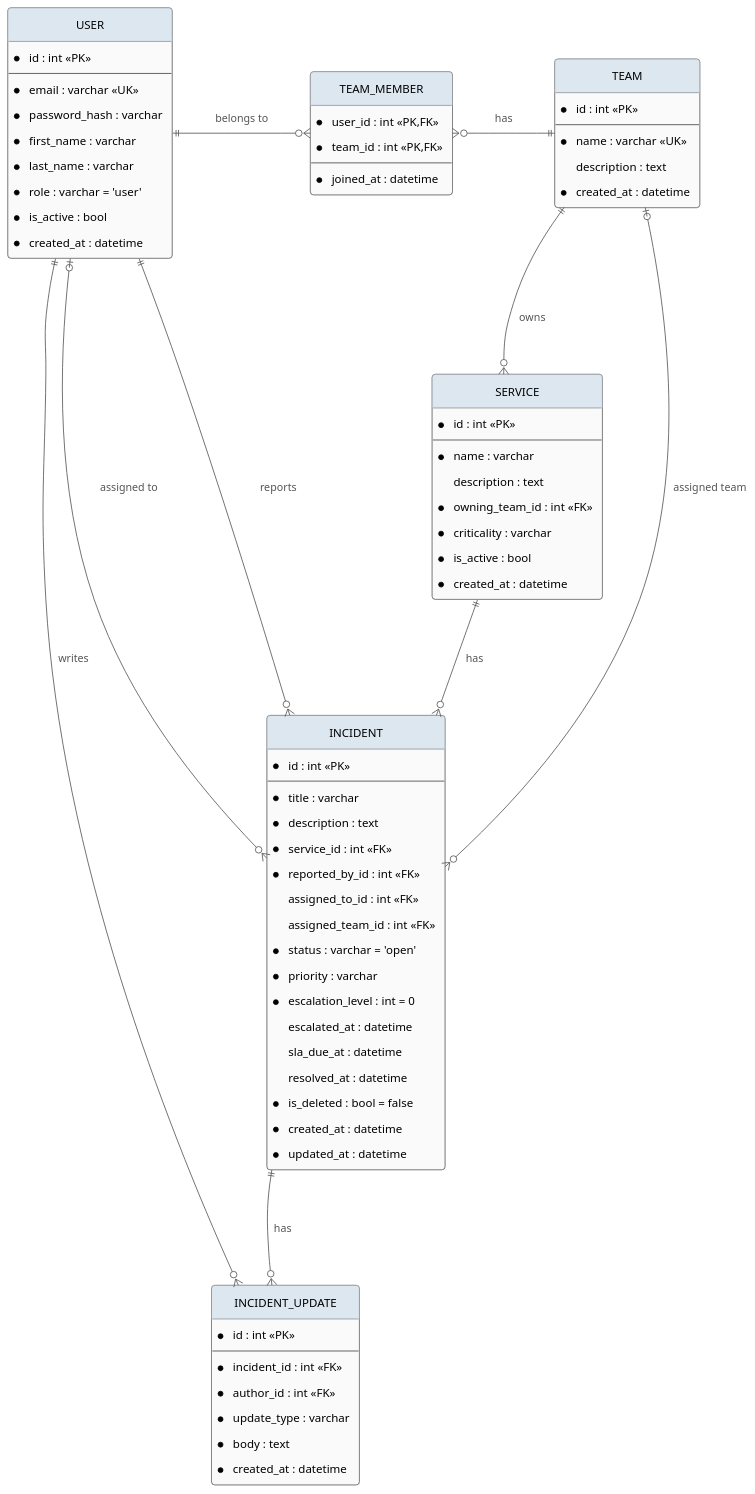
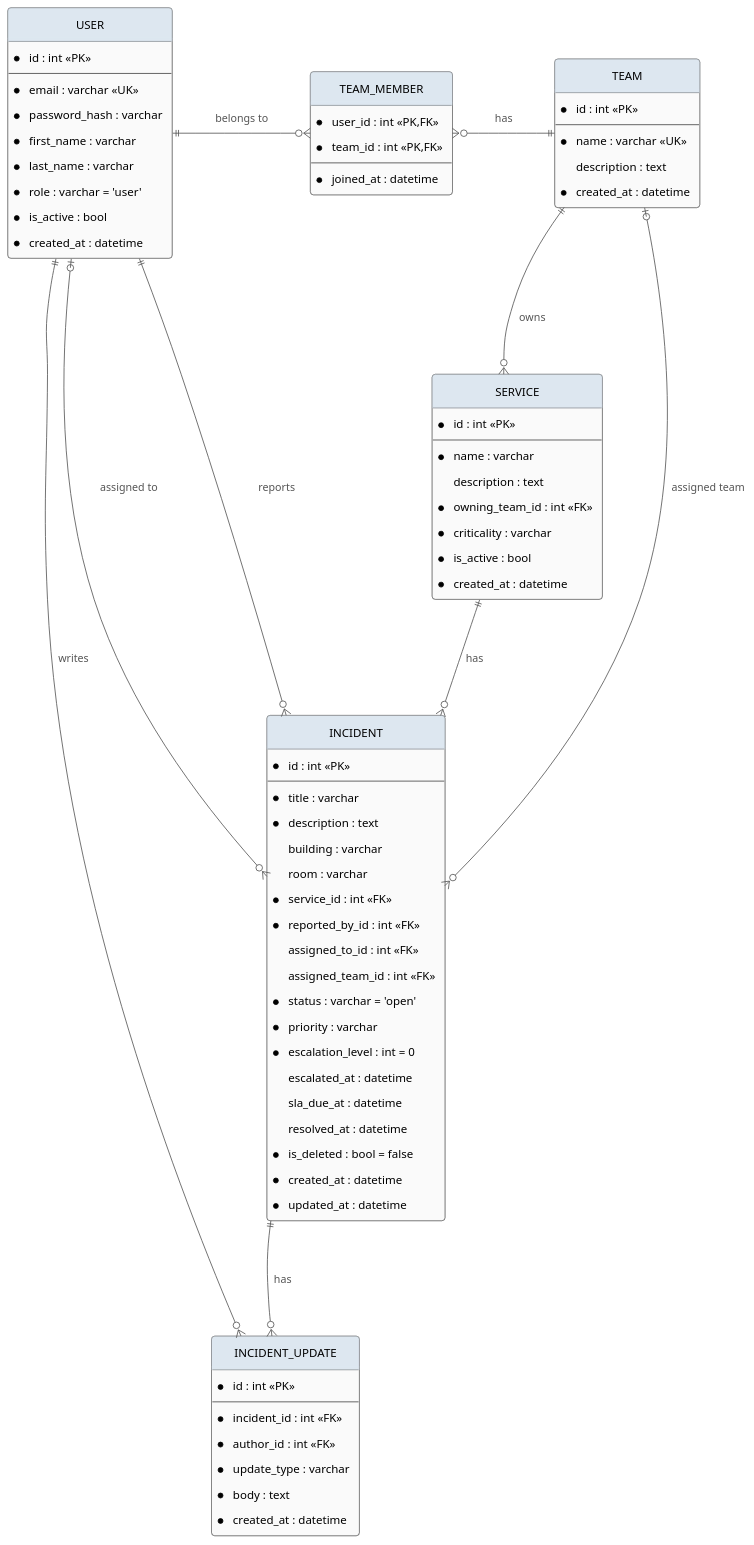
The diagram in docs/er-diagram.puml (ZiedRbd/COSC-3339-Fall-2026-Term-Project), drawn with PlantUML before and after one commit. The commit also changed 1 other file, not shown here.

Commit message:
Add building and room to ER diagram

```diff
--- a/docs/er-diagram.puml
+++ b/docs/er-diagram.puml
@@ -1,110 +1,112 @@
 @startuml Campus IT Help Desk ER
 hide circle
 skinparam nodesep 90
 skinparam ranksep 110
 skinparam padding 6
 skinparam roundCorner 8
 skinparam shadowing false
 skinparam ArrowColor #555555
 skinparam ArrowFontColor #555555
 skinparam class {
   BackgroundColor #FAFAFA
   BorderColor #444444
   HeaderBackgroundColor #DDE7F0
 }
 
 ' ── People & groups ─────────────────────────────
 
 entity "USER" as user {
   * id : int <<PK>>
   --
   * email : varchar <<UK>>
   * password_hash : varchar
   * first_name : varchar
   * last_name : varchar
   * role : varchar = 'user'
   * is_active : bool
   * created_at : datetime
 }
 
 entity "TEAM_MEMBER" as tm {
   * user_id : int <<PK,FK>>
   * team_id : int <<PK,FK>>
   --
   * joined_at : datetime
 }
 
 entity "TEAM" as team {
   * id : int <<PK>>
   --
   * name : varchar <<UK>>
     description : text
   * created_at : datetime
 }
 
 ' ── What we support ─────────────────────────────
 
 entity "SERVICE" as service {
   * id : int <<PK>>
   --
   * name : varchar
     description : text
   * owning_team_id : int <<FK>>
   * criticality : varchar
   * is_active : bool
   * created_at : datetime
 }
 
 ' ── Tickets ─────────────────────────────────────
 
 entity "INCIDENT" as incident {
   * id : int <<PK>>
   --
   * title : varchar
   * description : text
+    building : varchar
+    room : varchar
   * service_id : int <<FK>>
   * reported_by_id : int <<FK>>
     assigned_to_id : int <<FK>>
     assigned_team_id : int <<FK>>
   * status : varchar = 'open'
   * priority : varchar
   * escalation_level : int = 0
     escalated_at : datetime
     sla_due_at : datetime
     resolved_at : datetime
   * is_deleted : bool = false
   * created_at : datetime
   * updated_at : datetime
 }
 
 entity "INCIDENT_UPDATE" as upd {
   * id : int <<PK>>
   --
   * incident_id : int <<FK>>
   * author_id : int <<FK>>
   * update_type : varchar
   * body : text
   * created_at : datetime
 }
 
 ' ── Layout: users/teams on top, tickets below ───
 
 user     -[hidden]right-  tm
 tm       -[hidden]right-  team
 team     -[hidden]down-   service
 service  -[hidden]down-   incident
 incident -[hidden]down-   upd
 
 ' ── Relationships ───────────────────────────────
 
 user     ||--o{ tm       : belongs to
 team     ||--o{ tm       : has
 team     ||--o{ service  : owns
 service  ||--o{ incident : has
 user     ||--o{ incident : reports
 user     |o--o{ incident : assigned to
 team     |o--o{ incident : assigned team
 incident ||--o{ upd      : has
 user     ||--o{ upd      : writes
 
 @enduml
```
